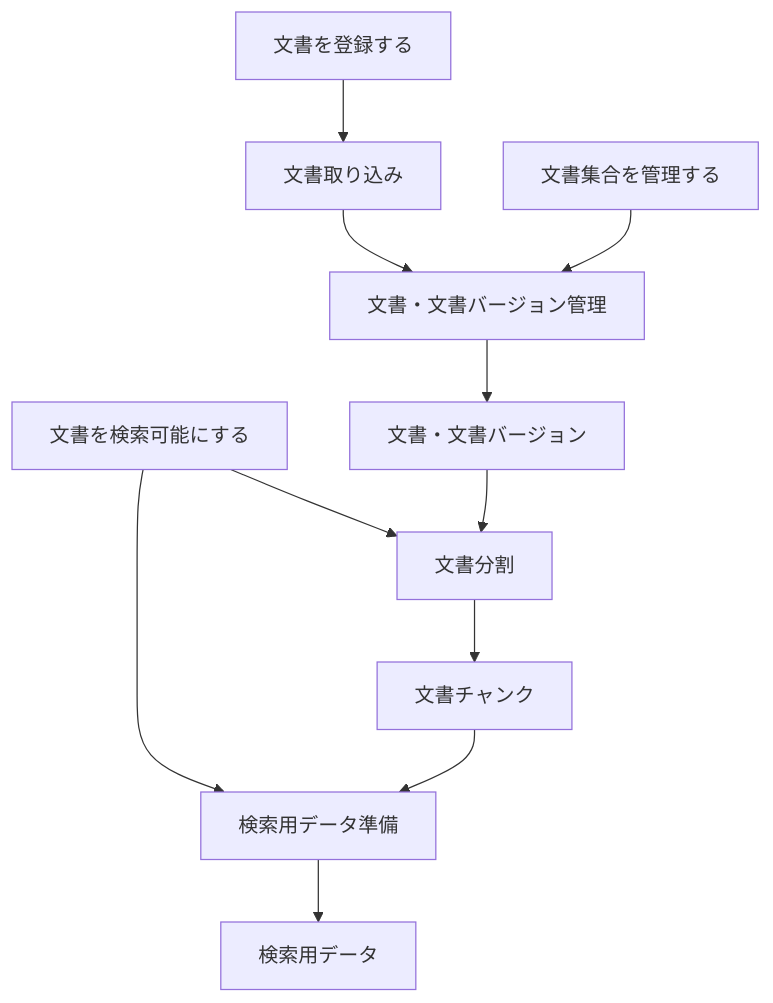
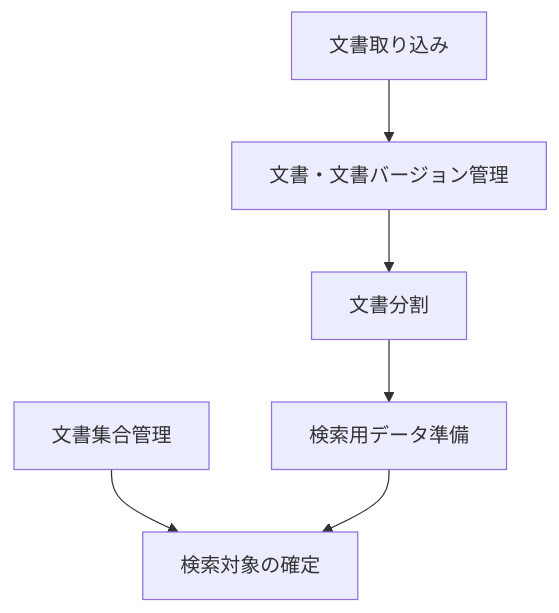
One commit to takashit16833/RAGScope changed the diagram in project-docs/design/domains/documents/README.md. Above: the diagram before and after it, drawn with Mermaid. The commit also changed other lines of this file and 10 other files, not shown here.

````diff
--- a/project-docs/design/domains/documents/README.md
+++ b/project-docs/design/domains/documents/README.md
@@ -9,22 +18,8 @@
 ```mermaid
 flowchart TB
-    Register["文書を登録する"]
-    Collection["文書集合を管理する"]
-    Searchable["文書を検索可能にする"]
-
-    Ingest["文書取り込み"]
-    Manage["文書・文書バージョン管理"]
-    Split["文書分割"]
-    Prepare["検索用データ準備"]
-
-    Document["文書・文書バージョン"]
-    Chunks["文書チャンク"]
-    SearchData["検索用データ"]
-
-    Register --> Ingest --> Manage
-    Collection --> Manage
-    Searchable --> Split
-    Searchable --> Prepare
-    Manage --> Document
-    Document --> Split --> Chunks --> Prepare --> SearchData
+    Ingest["文書取り込み"] --> Manage["文書・文書バージョン管理"]
+    Manage --> Split["文書分割"]
+    Split --> Prepare["検索用データ準備"]
+    Collection["文書集合管理"] --> RetrievalTarget["検索対象の確定"]
+    Prepare --> RetrievalTarget
 ```
````
